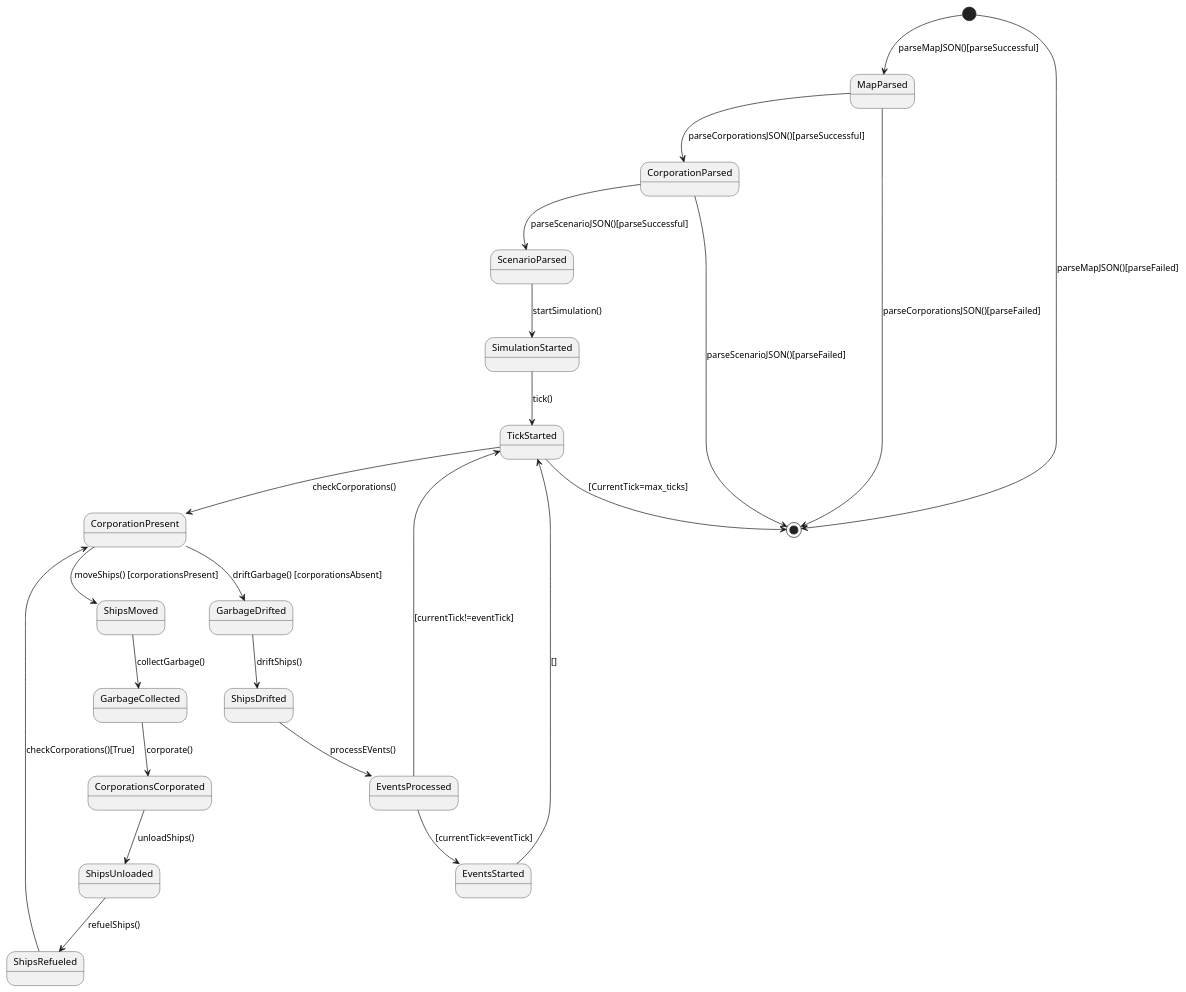
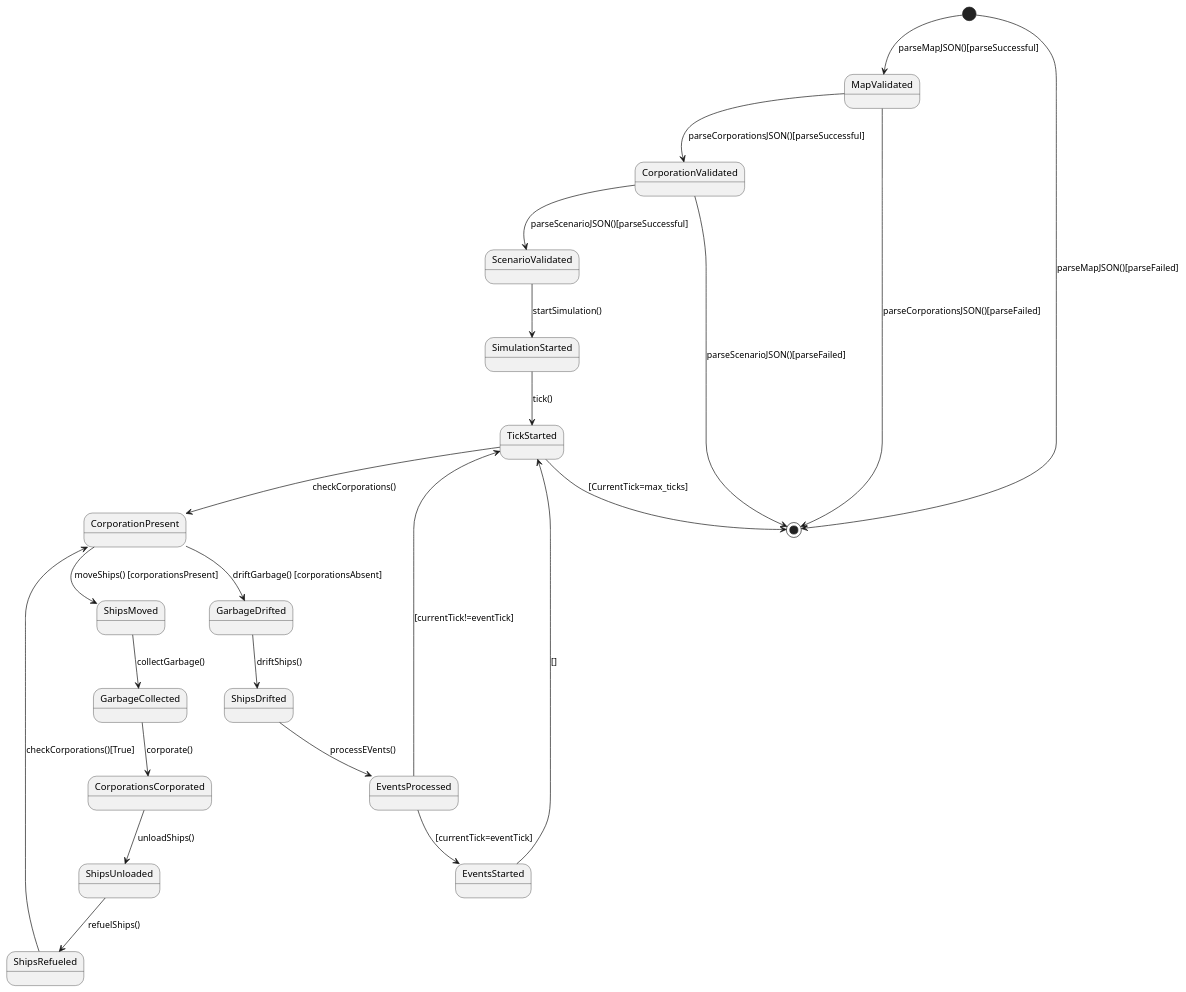
One commit to Atharvakore/Save-The-Saardines changed the diagram in StateDiagram.puml. Above: the diagram before and after it, drawn with PlantUML.

Commit message:
states Validated

```diff
--- a/StateDiagram.puml
+++ b/StateDiagram.puml
@@ -1,31 +1,31 @@
 @startuml
 
-[*] --> MapParsed : parseMapJSON()[parseSuccessful]
+[*] --> MapValidated: parseMapJSON()[parseSuccessful]
 [*] --> [*] : parseMapJSON()[parseFailed]
 
-MapParsed --> CorporationParsed : parseCorporationsJSON()[parseSuccessful]
-MapParsed --> [*] : parseCorporationsJSON()[parseFailed]
+MapValidated --> CorporationValidated : parseCorporationsJSON()[parseSuccessful]
+MapValidated --> [*] : parseCorporationsJSON()[parseFailed]
 
-CorporationParsed --> ScenarioParsed : parseScenarioJSON()[parseSuccessful]
-CorporationParsed --> [*] : parseScenarioJSON()[parseFailed]
+CorporationValidated --> ScenarioValidated : parseScenarioJSON()[parseSuccessful]
+CorporationValidated --> [*] : parseScenarioJSON()[parseFailed]
 
-ScenarioParsed --> SimulationStarted : startSimulation()
+ScenarioValidated--> SimulationStarted : startSimulation()
 
 SimulationStarted --> TickStarted : tick()
 
 TickStarted --> CorporationPresent : checkCorporations()
 CorporationPresent --> ShipsMoved : moveShips() [corporationsPresent]
 ShipsMoved --> GarbageCollected : collectGarbage()
 GarbageCollected --> CorporationsCorporated : corporate()
 CorporationsCorporated --> ShipsUnloaded : unloadShips()
 ShipsUnloaded --> ShipsRefueled : refuelShips()
 ShipsRefueled --> CorporationPresent : checkCorporations()[True]
 CorporationPresent --> GarbageDrifted : driftGarbage() [corporationsAbsent]
 GarbageDrifted --> ShipsDrifted : driftShips()
 ShipsDrifted --> EventsProcessed : processEVents()
 EventsProcessed --> TickStarted : [currentTick!=eventTick]
 EventsProcessed --> EventsStarted : [currentTick=eventTick]
 EventsStarted --> TickStarted : []
 TickStarted --> [*] : [CurrentTick=max_ticks]
 
 @enduml
```
